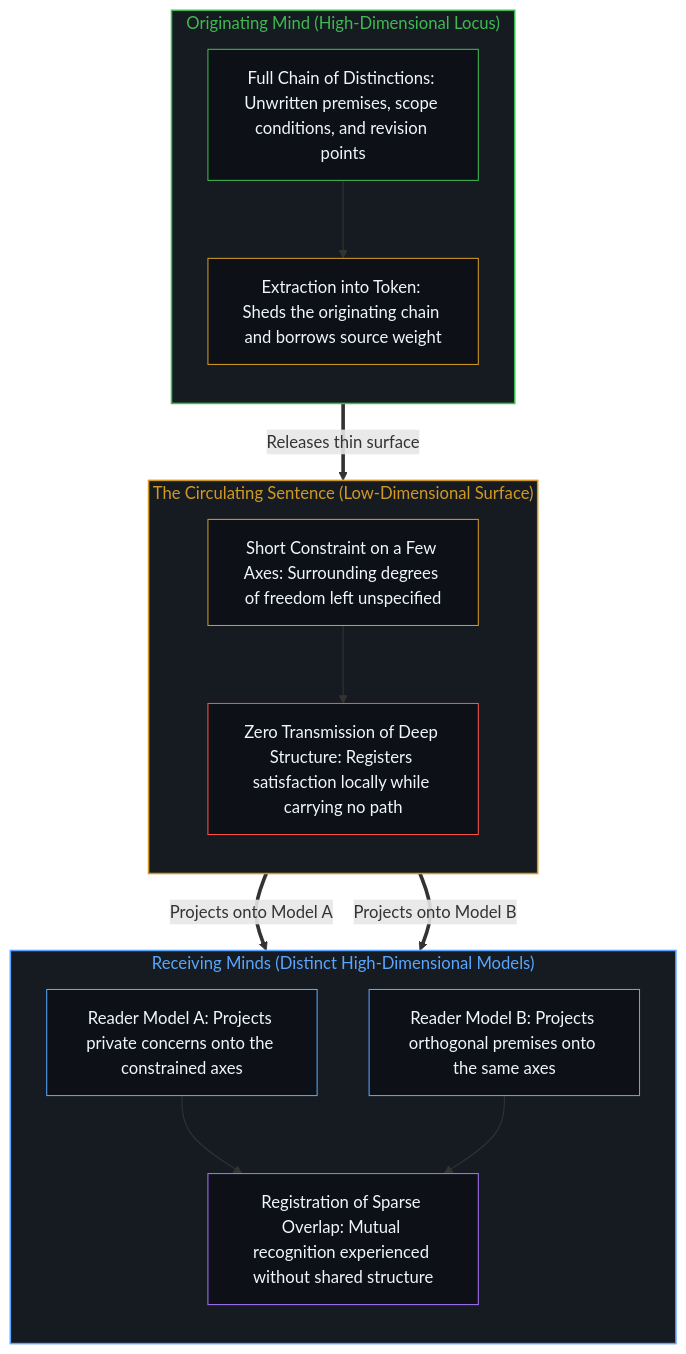
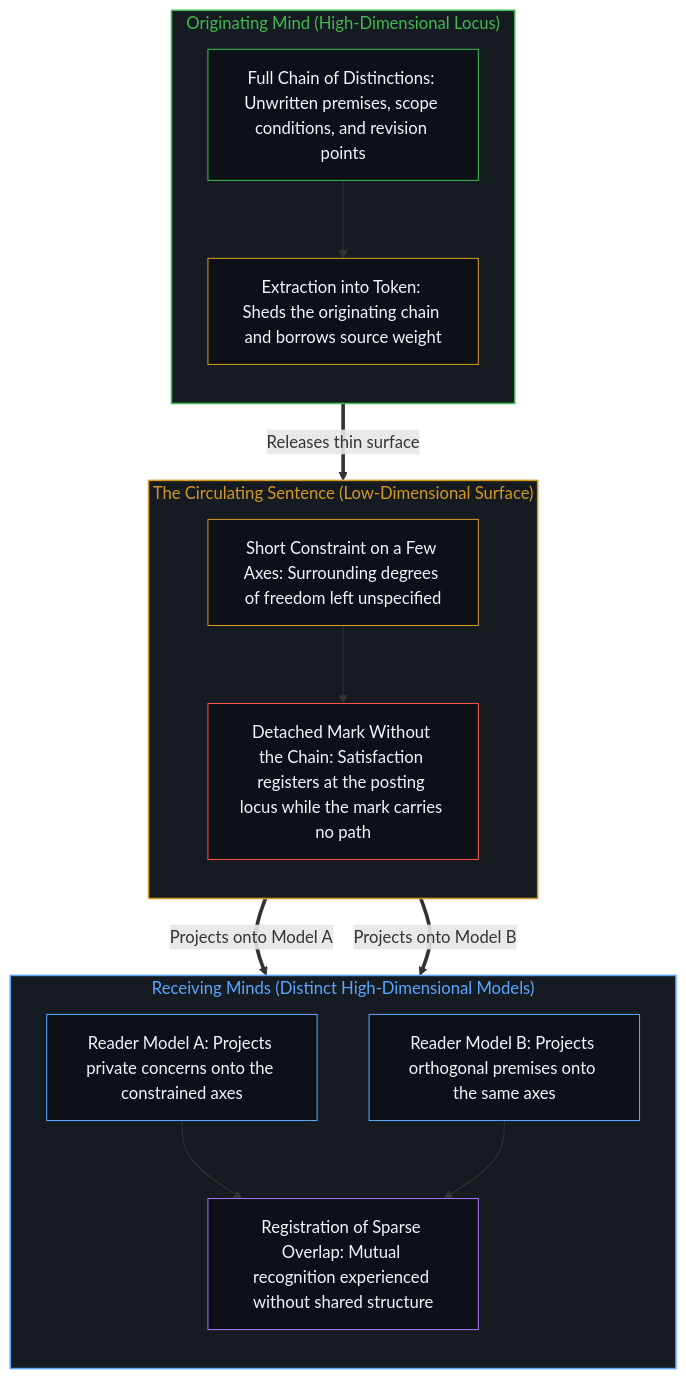
One commit to powerpig99/not-a-toe changed the second of 4 diagrams in content/posts/the-surface-that-registers.md. Above: the diagram before and after it, drawn with Mermaid. The commit also changed other lines of this file and 9 other files, not shown here.

````diff
--- a/content/posts/the-surface-that-registers.md
+++ b/content/posts/the-surface-that-registers.md
@@ -66,36 +66,36 @@
 ```mermaid
 flowchart TD
     subgraph S_Orig["Originating Mind (High-Dimensional Locus)"]
         direction TB
         O_Chain["Full Chain of Distinctions: Unwritten premises, scope conditions, and revision points"]
         O_Drop["Extraction into Token: Sheds the originating chain and borrows source weight"]
         O_Chain --> O_Drop
     end
     subgraph S_Surf["The Circulating Sentence (Low-Dimensional Surface)"]
         direction TB
         Surf_Axes["Short Constraint on a Few Axes: Surrounding degrees of freedom left unspecified"]
-        Surf_Zero["Zero Transmission of Deep Structure: Registers satisfaction locally while carrying no path"]
+        Surf_Zero["Detached Mark Without the Chain: Satisfaction registers at the posting locus while the mark carries no path"]
         Surf_Axes --> Surf_Zero
     end
     subgraph S_Read["Receiving Minds (Distinct High-Dimensional Models)"]
         direction TB
         R_MapA["Reader Model A: Projects private concerns onto the constrained axes"]
         R_MapB["Reader Model B: Projects orthogonal premises onto the same axes"]
         R_Res["Registration of Sparse Overlap: Mutual recognition experienced without shared structure"]
         R_MapA --> R_Res
         R_MapB --> R_Res
     end
     O_Drop ==>|"Releases thin surface"| Surf_Axes
     Surf_Zero ==>|"Projects onto Model A"| R_MapA
     Surf_Zero ==>|"Projects onto Model B"| R_MapB
     style S_Orig fill:#161b22,stroke:#3fb950,stroke-width:1.5px,color:#3fb950
     style S_Surf fill:#161b22,stroke:#d29922,stroke-width:1.5px,color:#d29922
     style S_Read fill:#161b22,stroke:#58a6ff,stroke-width:1.5px,color:#58a6ff
     style O_Chain fill:#0d1117,stroke:#3fb950,stroke-width:1px,color:#f0f6fc
     style O_Drop fill:#0d1117,stroke:#d29922,stroke-width:1px,color:#f0f6fc
     style Surf_Axes fill:#0d1117,stroke:#d29922,stroke-width:1px,color:#f0f6fc
     style Surf_Zero fill:#0d1117,stroke:#f85149,stroke-width:1px,color:#f0f6fc
     style R_MapA fill:#0d1117,stroke:#58a6ff,stroke-width:1px,color:#f0f6fc
     style R_MapB fill:#0d1117,stroke:#58a6ff,stroke-width:1px,color:#f0f6fc
     style R_Res fill:#0d1117,stroke:#a371f7,stroke-width:1px,color:#f0f6fc
 ```
````
